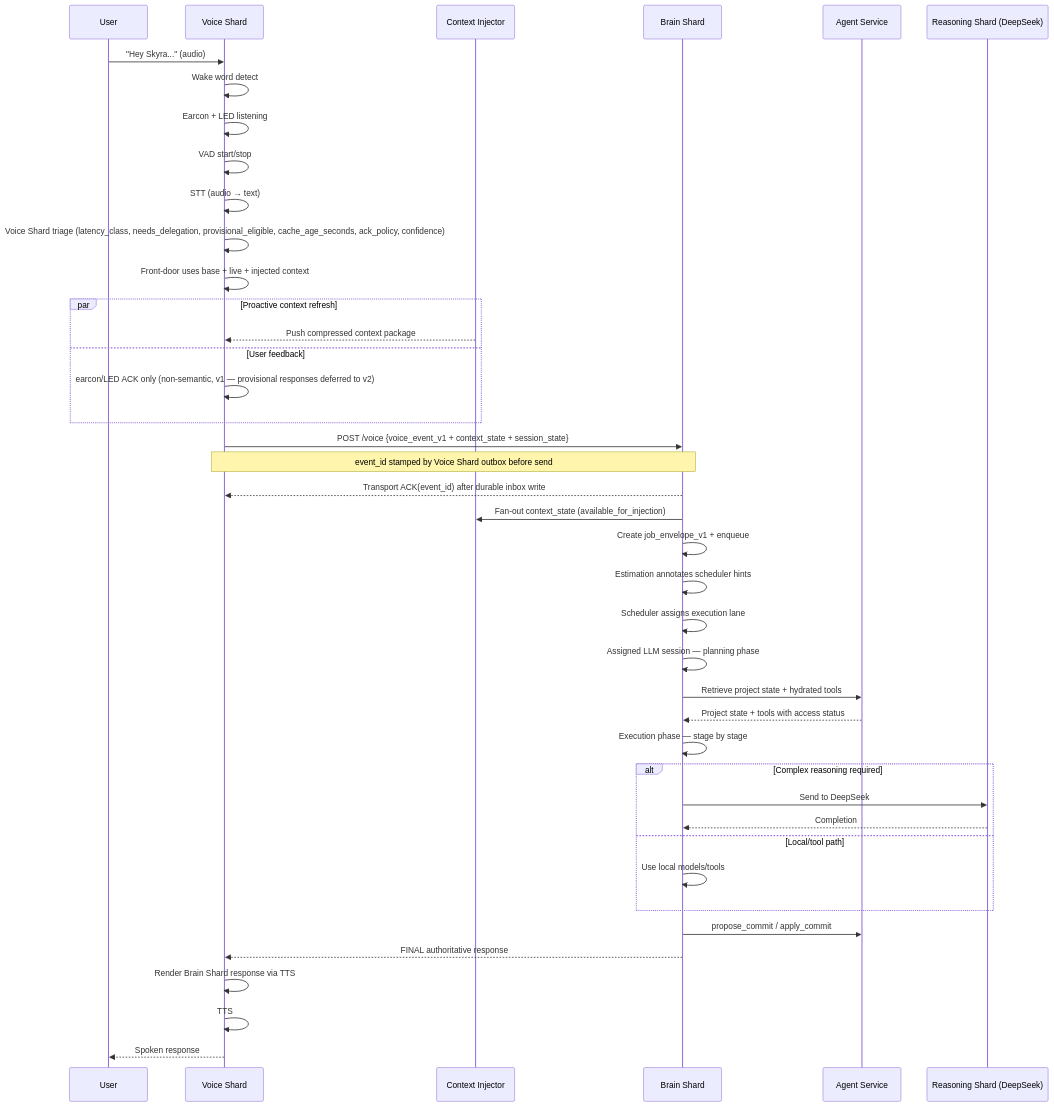
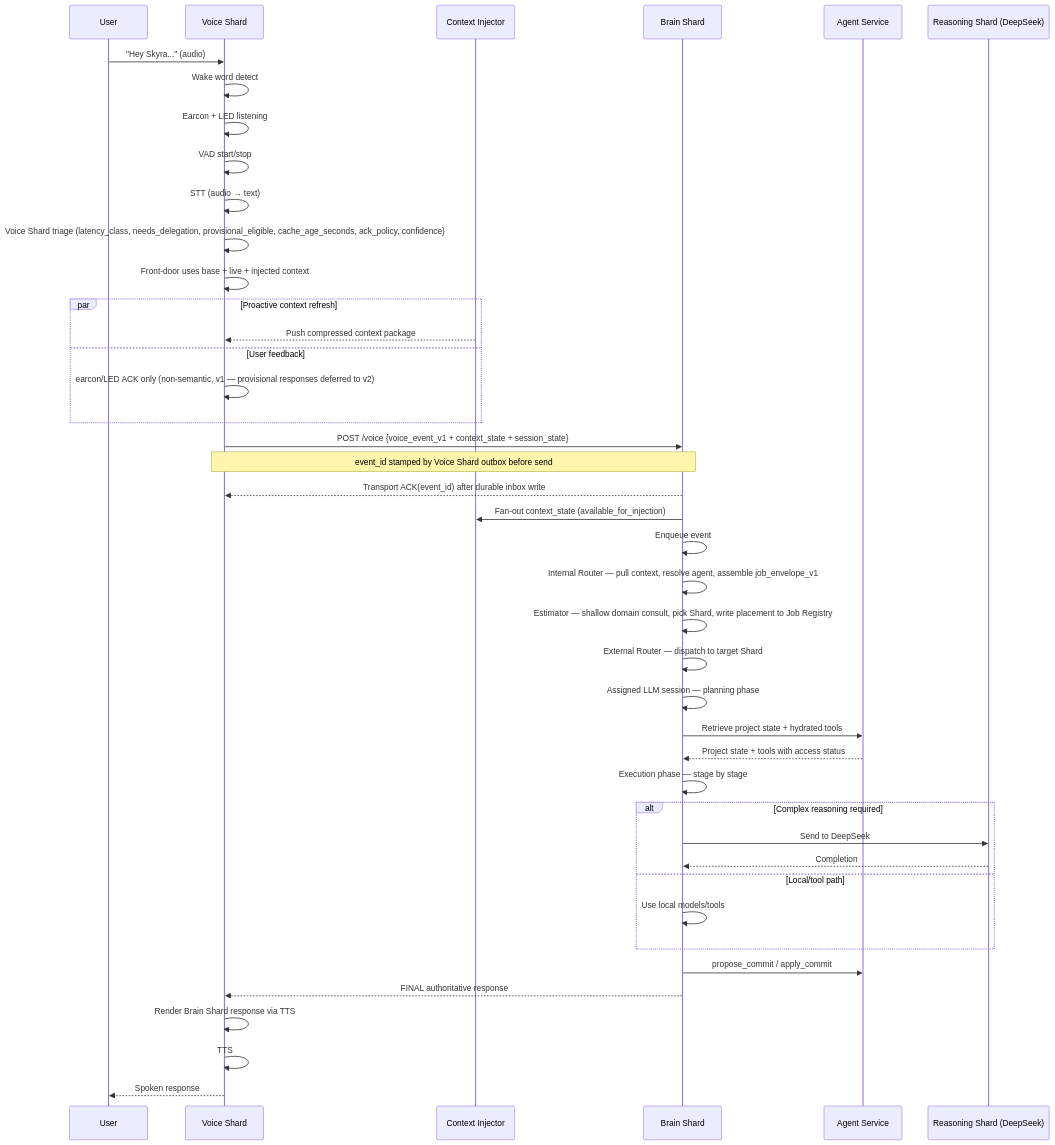
Before and after one commit to m-scanlon/tony-stark-was-able-tobuild-this-in-a-cave: the third of 3 diagrams in docs/arch/v1/scyra.md, drawn with Mermaid. The commit also changed other lines of this file and 5 other files, not shown here.

First line of the commit message:
Major architecture overhaul — Internal Router, Estimator, External Router, Job Registry

````diff
--- a/docs/arch/v1/scyra.md
+++ b/docs/arch/v1/scyra.md
@@ -430,46 +437,47 @@
 ```mermaid
 sequenceDiagram
   participant User
   participant Pi as Voice Shard
   participant CIX as Context Injector
   participant Mac as Brain Shard
   participant PROJ as Agent Service
   participant GPU as Reasoning Shard (DeepSeek)
 
   User->>Pi: "Hey Skyra..." (audio)
   Pi->>Pi: Wake word detect
   Pi->>Pi: Earcon + LED listening
   Pi->>Pi: VAD start/stop
   Pi->>Pi: STT (audio → text)
   Pi->>Pi: Voice Shard triage (latency_class, needs_delegation, provisional_eligible, cache_age_seconds, ack_policy, confidence)
   Pi->>Pi: Front-door uses base + live + injected context
   par Proactive context refresh
     CIX-->>Pi: Push compressed context package
   and User feedback
     Pi->>Pi: earcon/LED ACK only (non-semantic, v1 — provisional responses deferred to v2)
   end
 
   Pi->>Mac: POST /voice {voice_event_v1 + context_state + session_state}
   Note over Pi,Mac: event_id stamped by Voice Shard outbox before send
   Mac-->>Pi: Transport ACK(event_id) after durable inbox write
   Mac->>CIX: Fan-out context_state (available_for_injection)
 
-  Mac->>Mac: Create job_envelope_v1 + enqueue
-  Mac->>Mac: Estimation annotates scheduler hints
-  Mac->>Mac: Scheduler assigns execution lane
+  Mac->>Mac: Enqueue event
+  Mac->>Mac: Internal Router — pull context, resolve agent, assemble job_envelope_v1
+  Mac->>Mac: Estimator — shallow domain consult, pick Shard, write placement to Job Registry
+  Mac->>Mac: External Router — dispatch to target Shard
   Mac->>Mac: Assigned LLM session — planning phase
   Mac->>PROJ: Retrieve project state + hydrated tools
   PROJ-->>Mac: Project state + tools with access status
   Mac->>Mac: Execution phase — stage by stage
   alt Complex reasoning required
     Mac->>GPU: Send to DeepSeek
     GPU-->>Mac: Completion
   else Local/tool path
     Mac->>Mac: Use local models/tools
   end
   Mac->>PROJ: propose_commit / apply_commit
   Mac-->>Pi: FINAL authoritative response
   Pi->>Pi: Render Brain Shard response via TTS
   Pi->>Pi: TTS
   Pi-->>User: Spoken response
 ```
````
